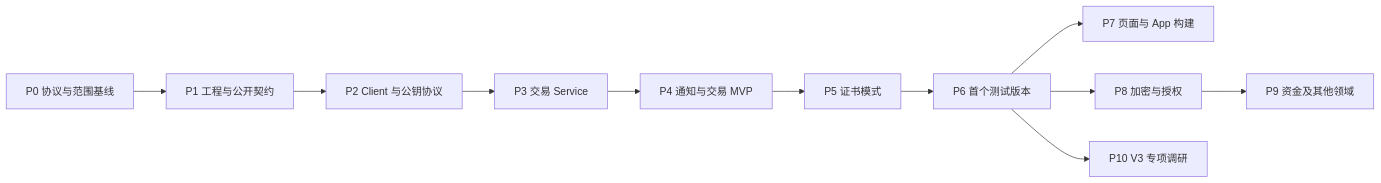
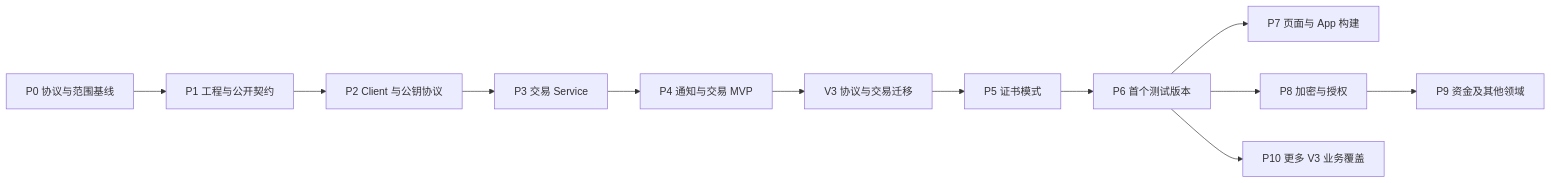
One commit to tiyee/alipay-sdk-go changed the diagram in docs/development-plan.md. Above: the diagram before and after it, drawn with Mermaid. The commit also changed other lines of this file and 41 other files, not shown here.

Commit message:
feat: add Alipay SDK core and V3-first API roadmap

````diff
--- a/docs/development-plan.md
+++ b/docs/development-plan.md
@@ -35,13 +36,14 @@
 ```mermaid
 flowchart LR
     P0[P0 协议与范围基线] --> P1[P1 工程与公开契约]
     P1 --> P2[P2 Client 与公钥协议]
     P2 --> P3[P3 交易 Service]
     P3 --> P4[P4 通知与交易 MVP]
-    P4 --> P5[P5 证书模式]
+    P4 --> V3[V3 协议与交易迁移]
+    V3 --> P5[P5 证书模式]
     P5 --> P6[P6 首个测试版本]
     P6 --> P7[P7 页面与 App 构建]
     P6 --> P8[P8 加密与授权]
     P8 --> P9[P9 资金及其他领域]
-    P6 --> P10[P10 V3 专项调研]
+    P6 --> P10[P10 更多 V3 业务覆盖]
 ```
````
